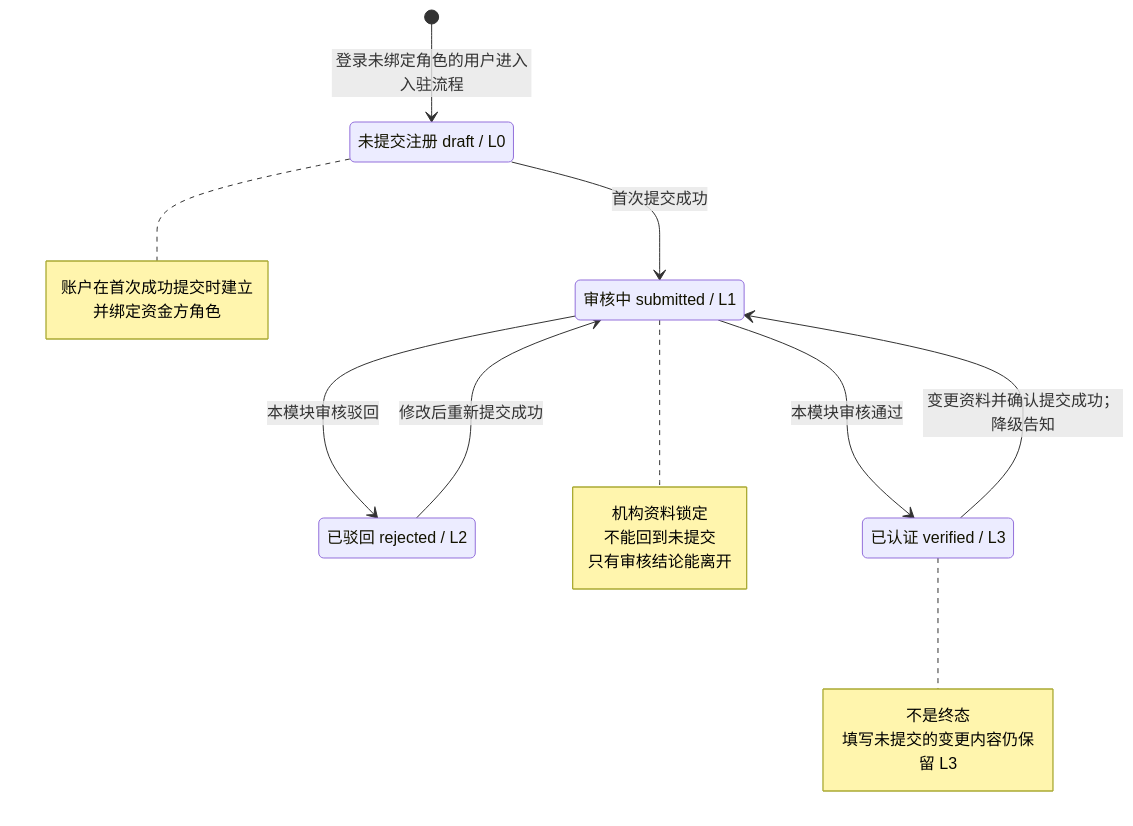
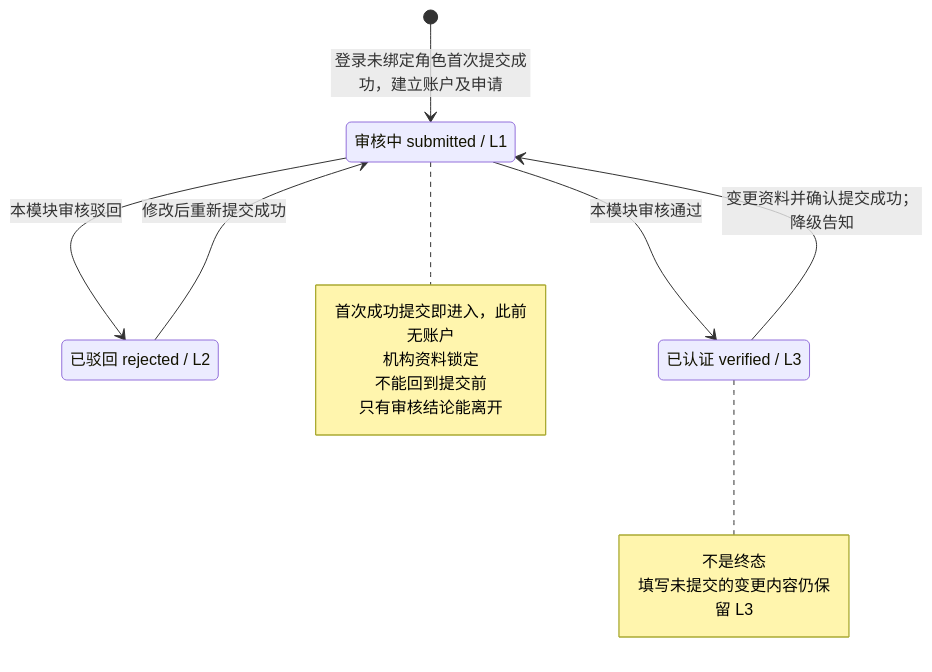
Before and after one commit to wxblockchain/Chain-Financing: the third of 6 diagrams in lending-platform/PRD/运营端/05-资金方机构认证审核/02-资金方机构认证审核-流程图与状态机.md, drawn with Mermaid. The commit also changed other lines of this file and 11 other files, not shown here.

````diff
--- a/lending-platform/PRD/运营端/05-资金方机构认证审核/02-资金方机构认证审核-流程图与状态机.md
+++ b/lending-platform/PRD/运营端/05-资金方机构认证审核/02-资金方机构认证审核-流程图与状态机.md
@@ -99,26 +102,21 @@
 ```mermaid
 stateDiagram-v2
-    state "未提交注册 draft / L0" as Draft
     state "审核中 submitted / L1" as Submitted
     state "已驳回 rejected / L2" as Rejected
     state "已认证 verified / L3" as Verified
-    [*] --> Draft: 登录未绑定角色的用户进入入驻流程
-    Draft --> Submitted: 首次提交成功
+    [*] --> Submitted: 登录未绑定角色首次提交成功，建立账户及申请
     Submitted --> Verified: 本模块审核通过
     Submitted --> Rejected: 本模块审核驳回
     Rejected --> Submitted: 修改后重新提交成功
     Verified --> Submitted: 变更资料并确认提交成功；降级告知
-    note right of Draft
-        账户在首次成功提交时建立
-        并绑定资金方角色
-    end note
     note right of Submitted
+        首次成功提交即进入，此前无账户
         机构资料锁定
-        不能回到未提交
+        不能回到提交前
         只有审核结论能离开
     end note
     note right of Verified
         不是终态
         填写未提交的变更内容仍保留 L3
     end note
 ```
````
